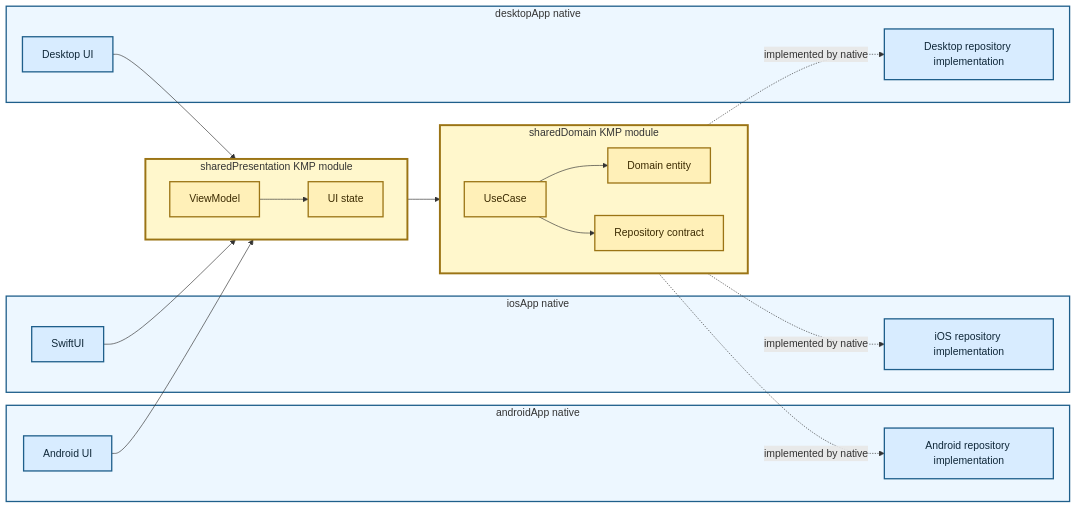
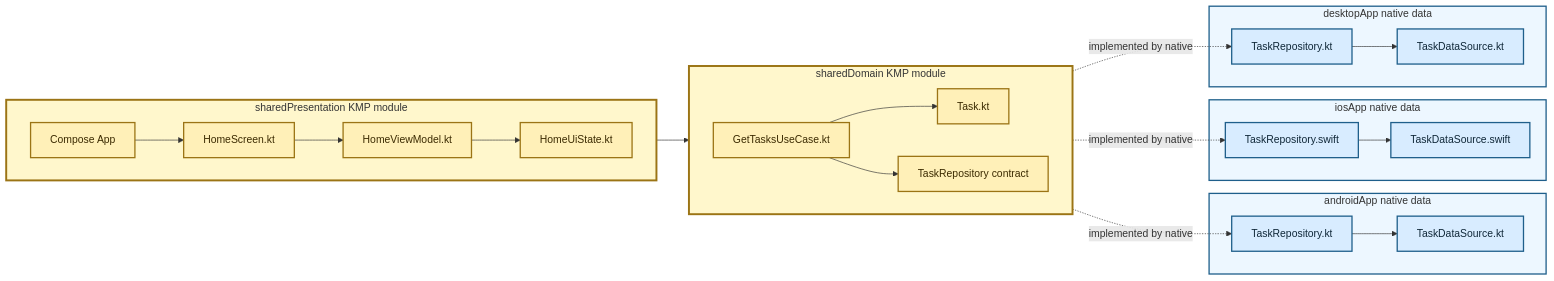
One commit to TheSetox/kmp-sample-diagrams changed the diagram in diagrams/19-three-layer-kmp-domain-presentation.md. Above: the diagram before and after it, drawn with Mermaid. The commit also changed other lines of this file and 28 other files, not shown here.

Commit message:
docs: reassess diagram layer boundaries

````diff
--- a/diagrams/19-three-layer-kmp-domain-presentation.md
+++ b/diagrams/19-three-layer-kmp-domain-presentation.md
@@ -5,52 +5,53 @@
 ```mermaid
 flowchart LR
-  subgraph Android["androidApp native"]
-    AndroidUI["Android UI"]
-    AndroidData["Android repository implementation"]
+  subgraph Android["androidApp native data"]
+    ARepository["TaskRepository.kt"]
+    ADataSource["TaskDataSource.kt"]
+    ARepository --> ADataSource
   end
 
-  subgraph IOS["iosApp native"]
-    IOSUI["SwiftUI"]
-    IOSData["iOS repository implementation"]
+  subgraph IOS["iosApp native data"]
+    IRepository["TaskRepository.swift"]
+    IDataSource["TaskDataSource.swift"]
+    IRepository --> IDataSource
   end
 
-  subgraph Desktop["desktopApp native"]
-    DesktopUI["Desktop UI"]
-    DesktopData["Desktop repository implementation"]
+  subgraph Desktop["desktopApp native data"]
+    DRepository["TaskRepository.kt"]
+    DDataSource["TaskDataSource.kt"]
+    DRepository --> DDataSource
   end
 
   subgraph Presentation["sharedPresentation KMP module"]
     direction LR
-    VM["ViewModel"]
-    State["UI state"]
-    VM --> State
+    App["Compose App"]
+    Screen["HomeScreen.kt"]
+    VM["HomeViewModel.kt"]
+    State["HomeUiState.kt"]
+    App --> Screen --> VM --> State
   end
 
   subgraph Domain["sharedDomain KMP module"]
     direction LR
-    UseCase["UseCase"]
-    Entity["Domain entity"]
-    RepositoryPort["Repository contract"]
+    UseCase["GetTasksUseCase.kt"]
+    Entity["Task.kt"]
+    RepositoryPort["TaskRepository contract"]
     UseCase --> Entity
     UseCase --> RepositoryPort
   end
 
-  AndroidUI --> VM
-  IOSUI --> VM
-  DesktopUI --> VM
   VM --> UseCase
-
-  RepositoryPort -. "implemented by native" .-> AndroidData
-  RepositoryPort -. "implemented by native" .-> IOSData
-  RepositoryPort -. "implemented by native" .-> DesktopData
+  RepositoryPort -. "implemented by native" .-> ARepository
+  RepositoryPort -. "implemented by native" .-> IRepository
+  RepositoryPort -. "implemented by native" .-> DRepository
 
   classDef app fill:#d8ecff,stroke:#1f5f8b,color:#0f2738,stroke-width:2px;
   classDef kmp fill:#fff0b8,stroke:#9b7415,color:#3b2a00,stroke-width:2px;
-  class AndroidUI,AndroidData,IOSUI,IOSData,DesktopUI,DesktopData app;
-  class VM,State,UseCase,Entity,RepositoryPort kmp;
+  class ARepository,ADataSource,IRepository,IDataSource,DRepository,DDataSource app;
+  class App,Screen,VM,State,UseCase,Entity,RepositoryPort kmp;
   style Android fill:#edf7ff,stroke:#1f5f8b,stroke-width:2px
   style IOS fill:#edf7ff,stroke:#1f5f8b,stroke-width:2px
   style Desktop fill:#edf7ff,stroke:#1f5f8b,stroke-width:2px
   style Presentation fill:#fff7cc,stroke:#9b7415,stroke-width:3px
   style Domain fill:#fff7cc,stroke:#9b7415,stroke-width:3px
 ```
````
